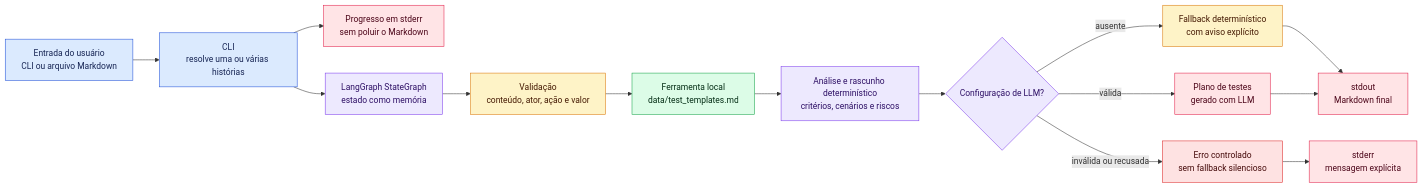
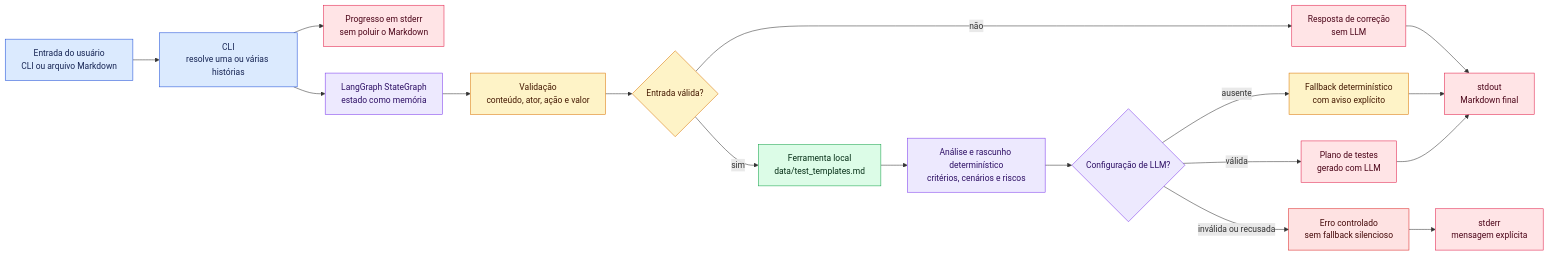
The first of 2 diagrams in README.md (geocarlos/test-plan-agent), drawn with Mermaid before and after one commit. The commit also changed other lines of this file and 6 other files, not shown here.

Commit message:
docs: clarify validation flow in diagrams

````diff
--- a/README.md
+++ b/README.md
@@ -42,31 +42,34 @@
 ```mermaid
 flowchart LR
     user_input[Entrada do usuário<br/>CLI ou arquivo Markdown] --> cli[CLI<br/>resolve uma ou várias histórias]
     cli --> progress[Progresso em stderr<br/>sem poluir o Markdown]
     cli --> graph_state[LangGraph StateGraph<br/>estado como memória]
     graph_state --> validate[Validação<br/>conteúdo, ator, ação e valor]
-    validate --> context[Ferramenta local<br/>data/test_templates.md]
+    validate --> validation_gate{Entrada válida?}
+    validation_gate -->|não| correction[Resposta de correção<br/>sem LLM]
+    validation_gate -->|sim| context[Ferramenta local<br/>data/test_templates.md]
     context --> deterministic[Análise e rascunho determinístico<br/>critérios, cenários e riscos]
     deterministic --> llm{Configuração de LLM?}
     llm -->|ausente| fallback[Fallback determinístico<br/>com aviso explícito]
     llm -->|válida| plan[Plano de testes<br/>gerado com LLM]
     llm -->|inválida ou recusada| controlled_error[Erro controlado<br/>sem fallback silencioso]
     fallback --> output[stdout<br/>Markdown final]
     plan --> output
+    correction --> output
     controlled_error --> stderr_error[stderr<br/>mensagem explícita]
 
     classDef inputClass fill:#dbeafe,stroke:#1d4ed8,color:#172554
     classDef validationClass fill:#fef3c7,stroke:#d97706,color:#451a03
     classDef toolClass fill:#dcfce7,stroke:#16a34a,color:#052e16
     classDef graphClass fill:#ede9fe,stroke:#7c3aed,color:#2e1065
     classDef outputClass fill:#ffe4e6,stroke:#e11d48,color:#4c0519
     classDef errorClass fill:#fee2e2,stroke:#dc2626,color:#450a0a
 
     class user_input,cli inputClass
-    class validate validationClass
+    class validate,validation_gate validationClass
     class context toolClass
     class graph_state,deterministic,llm graphClass
-    class plan,output,progress,stderr_error outputClass
+    class correction,plan,output,progress,stderr_error outputClass
     class fallback validationClass
     class controlled_error errorClass
 ```
````
